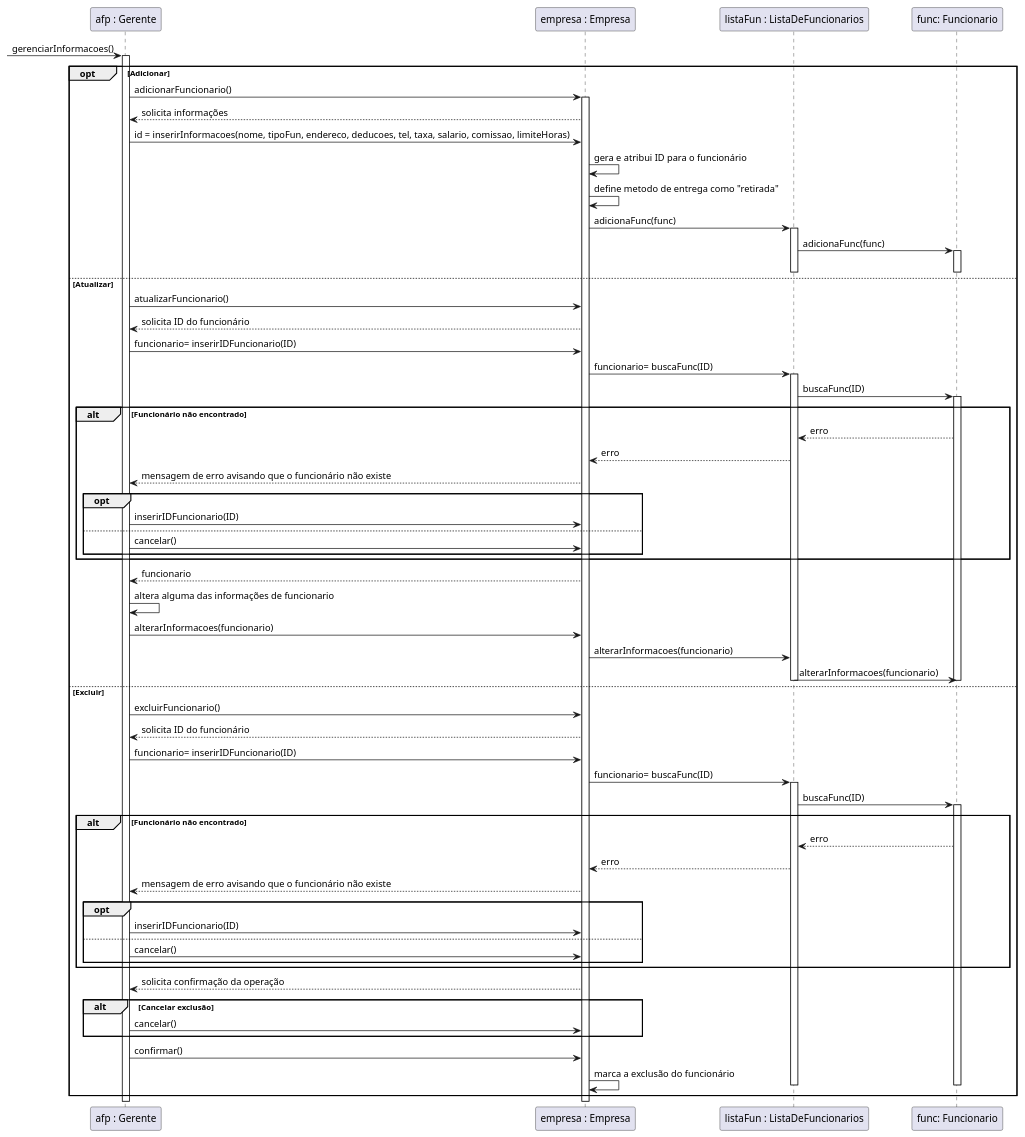
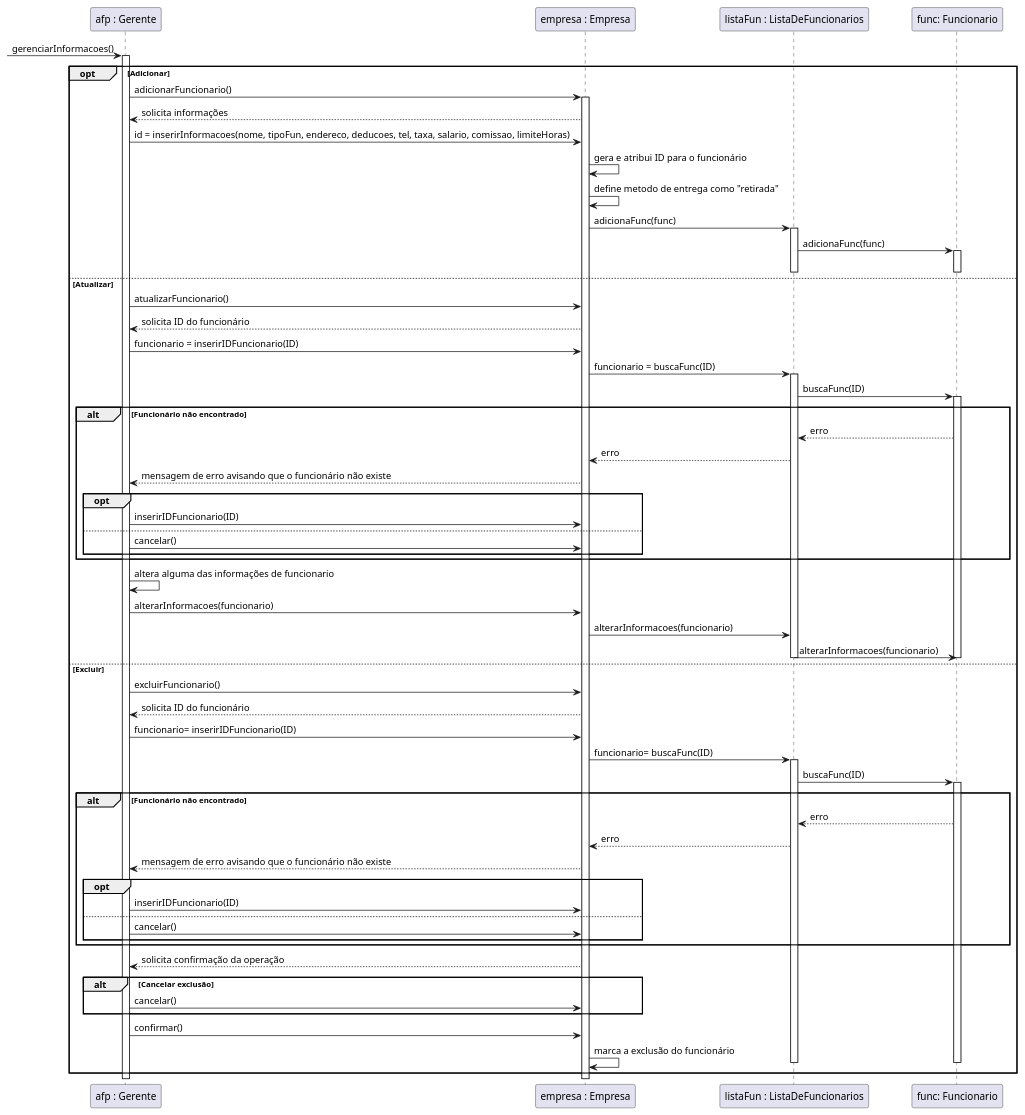
The diagram in casos_de_uso/caso-5/5-DS.plantuml (tikaradate/CI1163-Design_de_Software), drawn with PlantUML before and after one commit. The commit also changed 4 other files, not shown here.

Commit message:
Começa o Diagrama de Classes Visão de Projeto

```diff
--- a/casos_de_uso/caso-5/5-DS.plantuml
+++ b/casos_de_uso/caso-5/5-DS.plantuml
@@ -1,85 +1,84 @@
-@startuml
+@startuml ds-caso-5
 
 Participant "afp : Gerente" as AFP
 Participant "empresa : Empresa" as empresa
 Participant "listaFun : ListaDeFuncionarios" as listaFuncionarios
 Participant "func: Funcionario" as funcionario
 ' Participant "pgto: Pagamento" as pagamento
 ' Participant "ponto: Ponto" as ponto
 ' Participant "baseProj: BaseDeDadosProjetos" as baseProjeto
 
 'não sei se precisa de loop na interação de lista de funcionários com funcionário
 
 -> AFP : gerenciarInformacoes()
 activate AFP
 opt Adicionar
     AFP -> empresa : adicionarFuncionario()
     activate empresa
     AFP <-- empresa : solicita informações
     AFP -> empresa : id = inserirInformacoes(nome, tipoFun, endereco, deducoes, tel, taxa, salario, comissao, limiteHoras)
     empresa -> empresa: gera e atribui ID para o funcionário
     empresa -> empresa: define metodo de entrega como "retirada"
     empresa -> listaFuncionarios : adicionaFunc(func)
     activate listaFuncionarios
     listaFuncionarios -> funcionario: adicionaFunc(func)
     activate funcionario
     deactivate listaFuncionarios
     deactivate funcionario
 
 else Atualizar
     AFP -> empresa : atualizarFuncionario()
     AFP <-- empresa : solicita ID do funcionário
-    AFP -> empresa : funcionario= inserirIDFuncionario(ID)
-    empresa -> listaFuncionarios : funcionario= buscaFunc(ID)
+    AFP -> empresa : funcionario = inserirIDFuncionario(ID)
+    empresa -> listaFuncionarios : funcionario = buscaFunc(ID)
     activate listaFuncionarios
     listaFuncionarios -> funcionario: buscaFunc(ID)
     activate funcionario
     alt Funcionário não encontrado
         listaFuncionarios <-- funcionario: erro
         empresa <-- listaFuncionarios : erro
         AFP <-- empresa : mensagem de erro avisando que o funcionário não existe
         opt
             AFP -> empresa : inserirIDFuncionario(ID)
         else
             AFP -> empresa : cancelar()
         end
     end
-    AFP <-- empresa : funcionario
     AFP -> AFP: altera alguma das informações de funcionario
     AFP -> empresa : alterarInformacoes(funcionario)
     
     empresa -> listaFuncionarios: alterarInformacoes(funcionario)
     listaFuncionarios -> funcionario: alterarInformacoes(funcionario)
     deactivate listaFuncionarios
     deactivate funcionario
 
 else Excluir
     AFP -> empresa : excluirFuncionario()
     AFP <-- empresa : solicita ID do funcionário
     AFP -> empresa : funcionario= inserirIDFuncionario(ID)
     empresa -> listaFuncionarios : funcionario= buscaFunc(ID)
     activate listaFuncionarios
     listaFuncionarios -> funcionario: buscaFunc(ID)
     activate funcionario
     alt Funcionário não encontrado
         listaFuncionarios <-- funcionario: erro
         empresa <-- listaFuncionarios : erro
         AFP <-- empresa : mensagem de erro avisando que o funcionário não existe
         opt
             AFP -> empresa : inserirIDFuncionario(ID)
         else
             AFP -> empresa : cancelar()
         end
     end
     AFP <-- empresa : solicita confirmação da operação
     alt Cancelar exclusão
          AFP -> empresa : cancelar()
     end
     AFP -> empresa : confirmar()
     'talvez fazer voltar até o funcionario, mas né
     empresa -> empresa : marca a exclusão do funcionário 
     deactivate listaFuncionarios
     deactivate funcionario
 end
 
 @enduml
```
